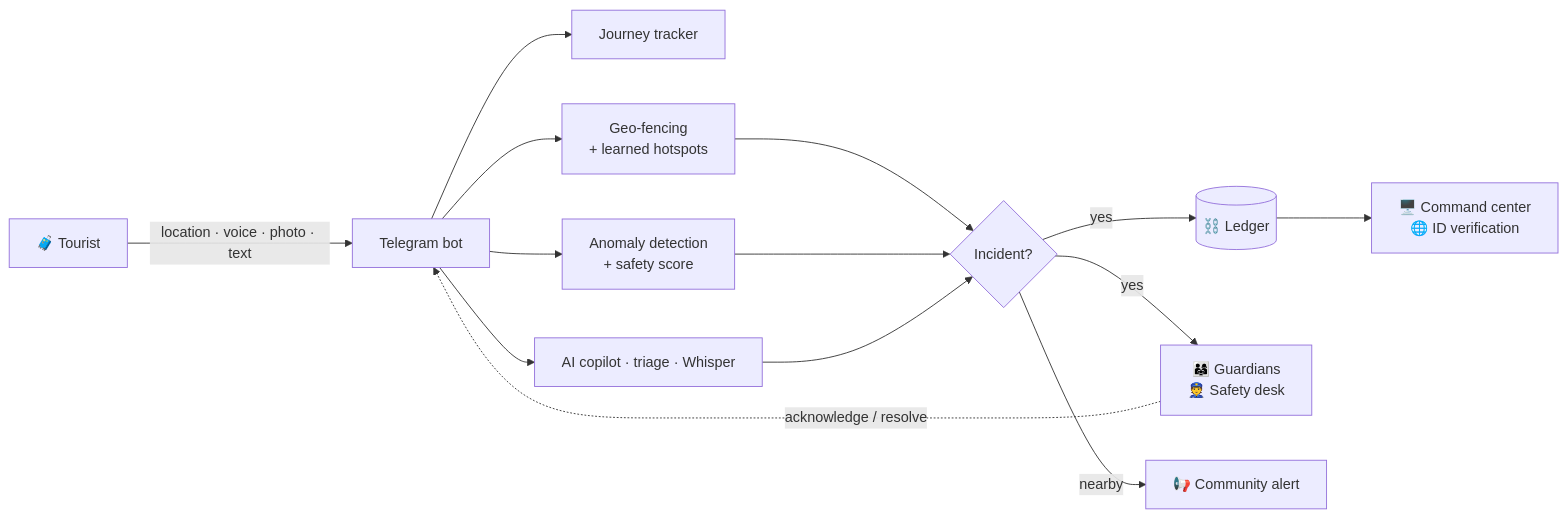
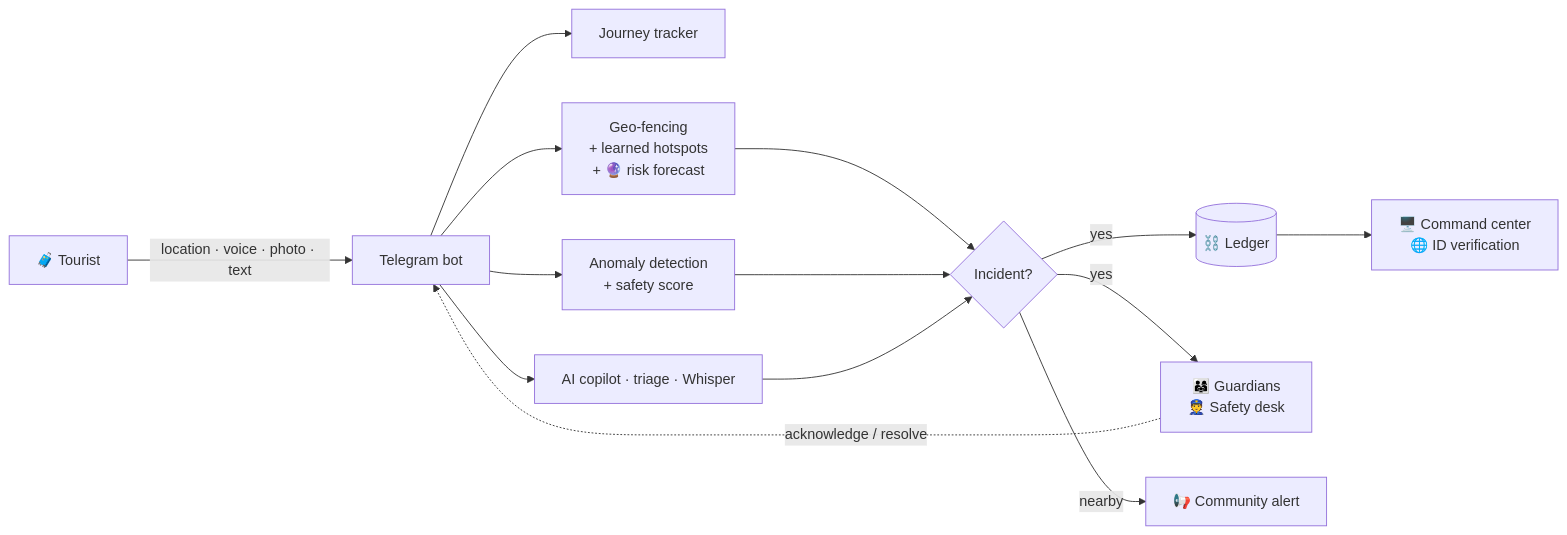
Before and after one commit to BHUVANESHv7/Travel-Buddy: the diagram in README.md, drawn with Mermaid. The commit also changed other lines of this file and 21 other files, not shown here.

````diff
--- a/README.md
+++ b/README.md
@@ -124,14 +125,14 @@
 ```mermaid
 flowchart LR
     T[🧳 Tourist] -- location · voice · photo · text --> BOT[Telegram bot]
     BOT --> TRK[Journey tracker]
-    BOT --> GEO[Geo-fencing<br/>+ learned hotspots]
+    BOT --> GEO[Geo-fencing<br/>+ learned hotspots<br/>+ 🔮 risk forecast]
     BOT --> MON[Anomaly detection<br/>+ safety score]
     BOT --> AI[AI copilot · triage · Whisper]
     GEO & MON & AI --> INC{Incident?}
     INC -- yes --> LED[(⛓️ Ledger)]
     INC -- yes --> R[👨‍👩‍👧 Guardians<br/>👮 Safety desk]
     INC -- nearby --> C[📢 Community alert]
     R -. acknowledge / resolve .-> BOT
     LED --> WEB[🖥️ Command center<br/>🌐 ID verification]
 ```
````
